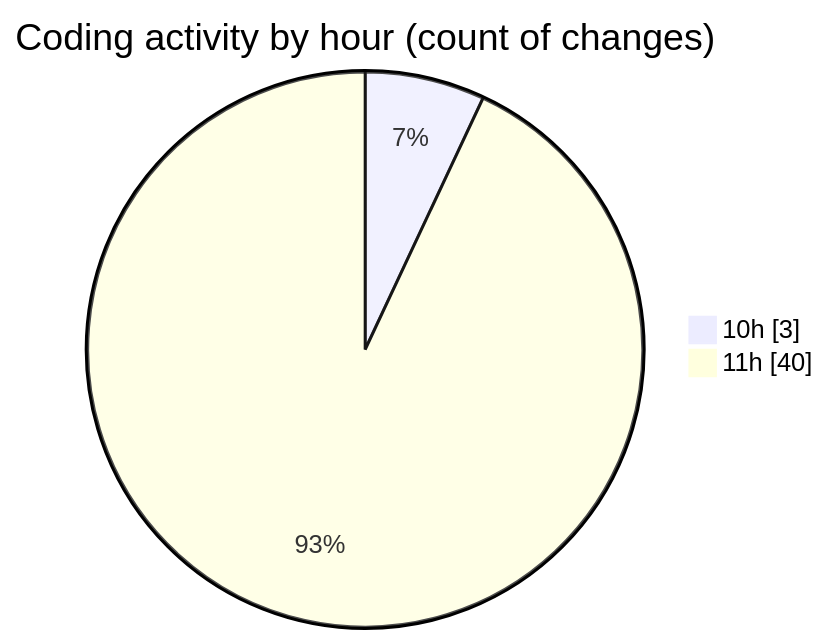
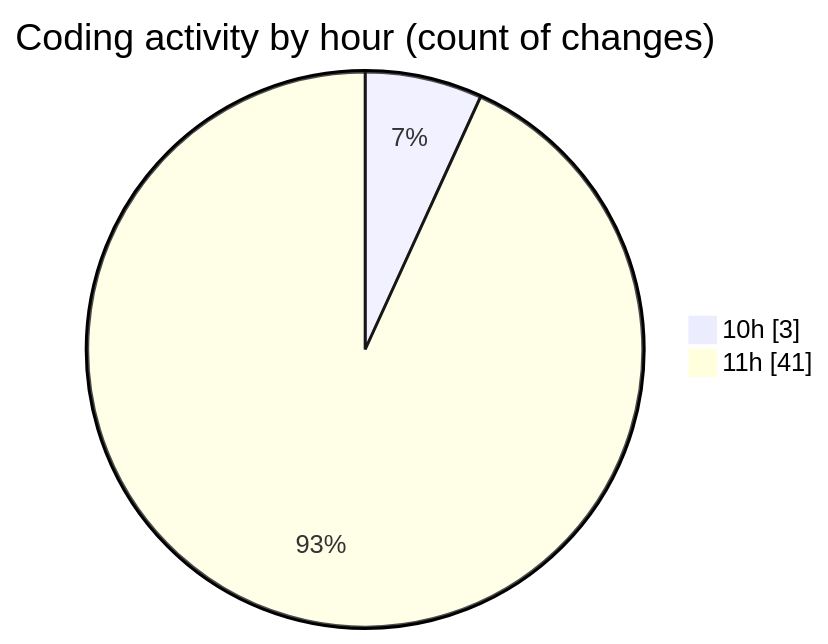
One commit to nxtqubesakshisongat/code-tracking changed the second of 2 diagrams in 2025-07-11/argos/README.md. Above: the diagram before and after it, drawn with Mermaid. The commit also changed other lines of this file and 1 other file, not shown here.

````diff
--- a/2025-07-11/argos/README.md
+++ b/2025-07-11/argos/README.md
@@ -30,6 +30,6 @@
 ```mermaid
 pie showData
 title Coding activity by hour (count of changes)
 "10h" : 3
-"11h" : 40
+"11h" : 41
 ```
````
